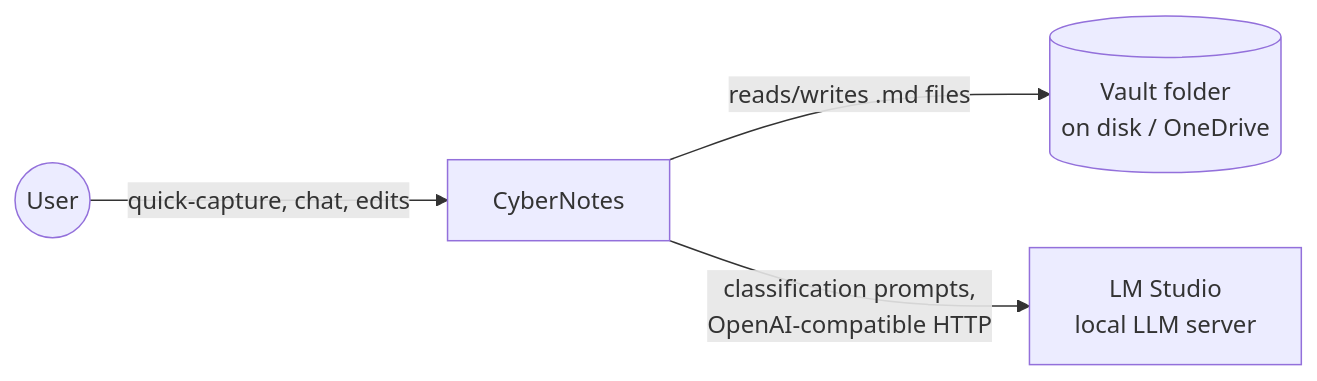
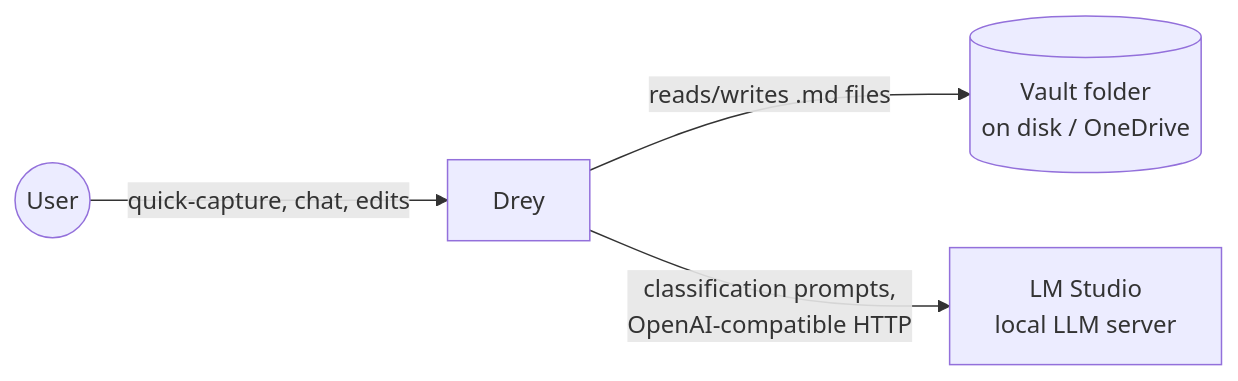
The diagram in docs/03_system_scope_and_context.md (HenrikPuls/Drey), drawn with Mermaid before and after one commit. The commit also changed 78 other files, not shown here.

````diff
--- a/docs/03_system_scope_and_context.md
+++ b/docs/03_system_scope_and_context.md
@@ -8,6 +8,6 @@
 ```mermaid
 graph LR
-    User((User)) -->|quick-capture, chat, edits| App[CyberNotes]
+    User((User)) -->|quick-capture, chat, edits| App[Drey]
     App -->|reads/writes .md files| Vault[(Vault folder\non disk / OneDrive)]
     App -->|classification prompts,\nOpenAI-compatible HTTP| LMStudio[LM Studio\nlocal LLM server]
 ```
````
